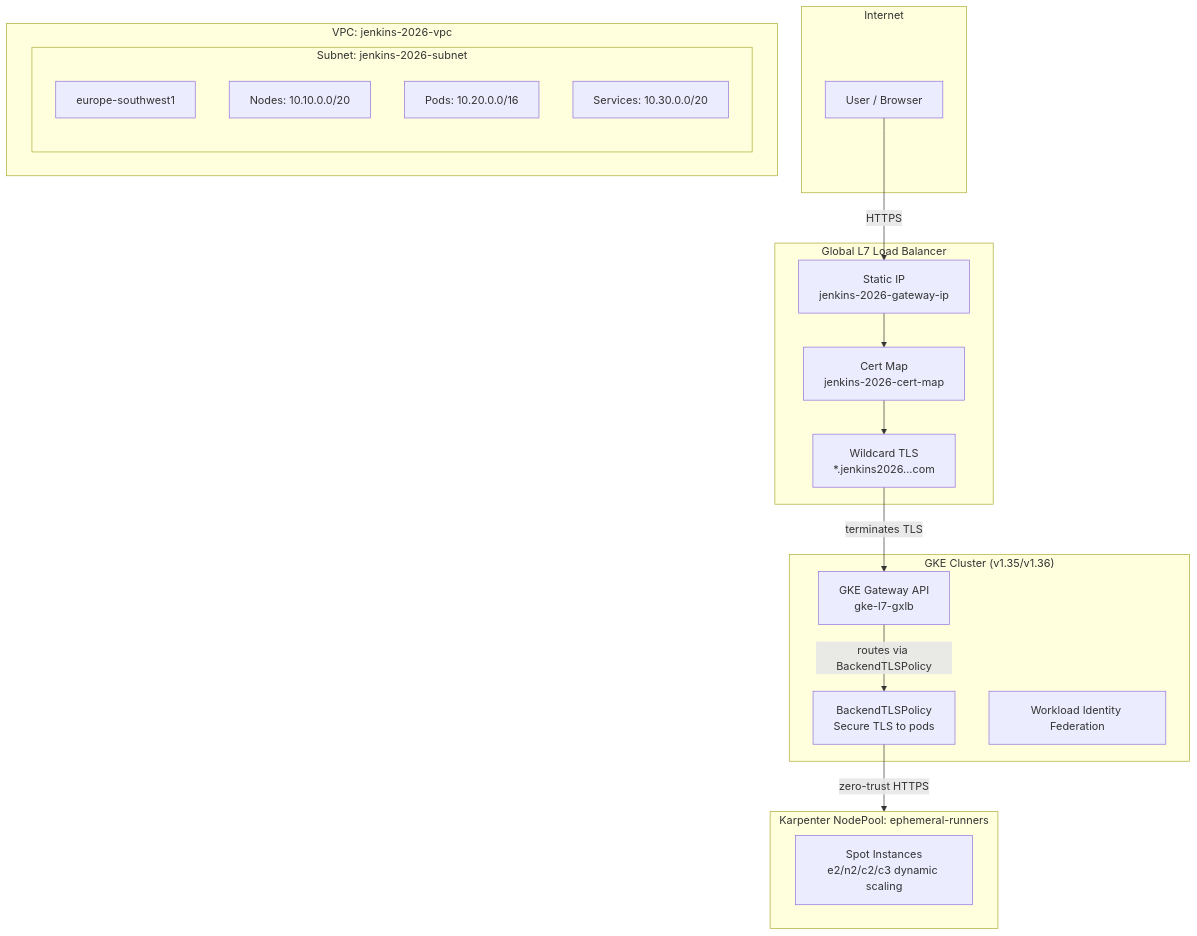
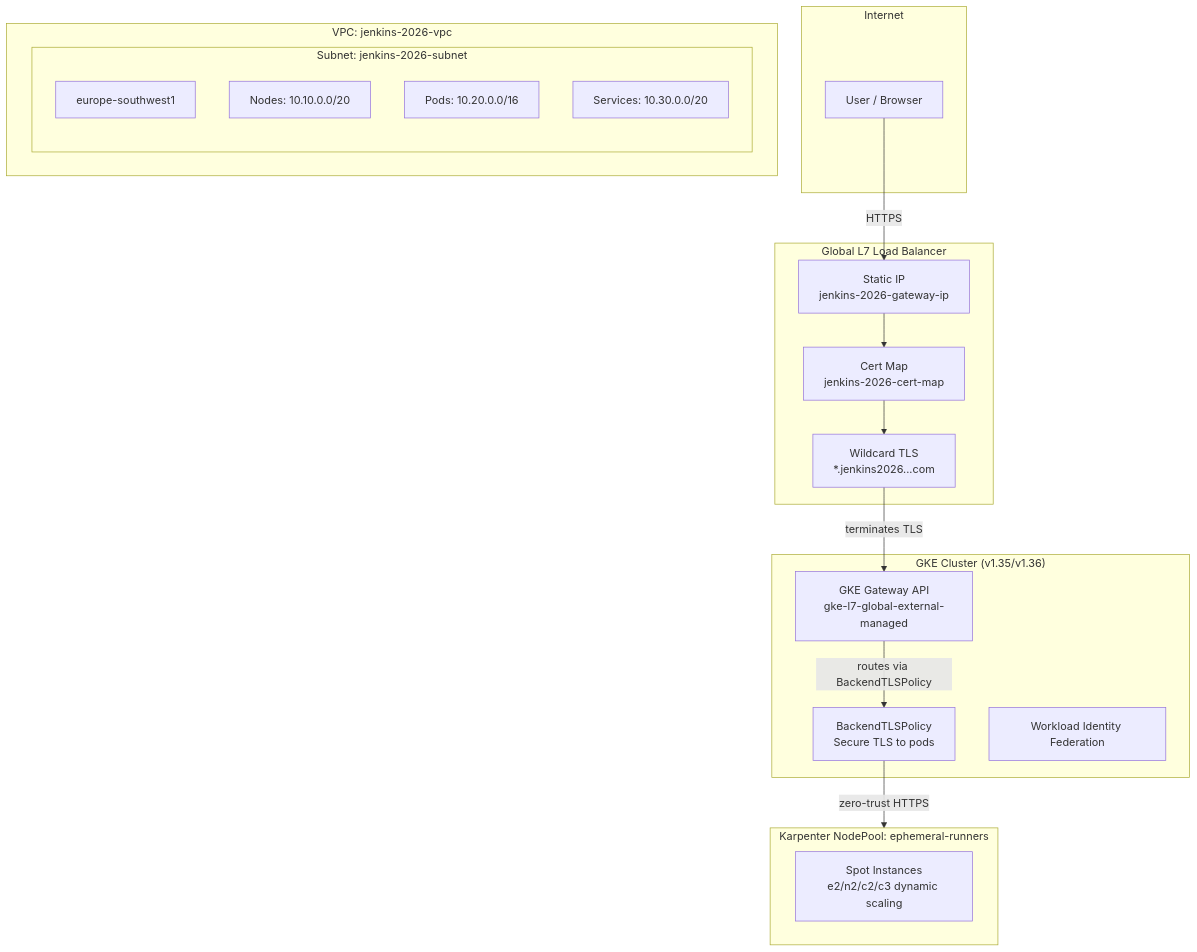
Before and after one commit to nubenetes/jenkins-2026: the eighth of 8 diagrams in docs/201-ARCHITECTURE.md, drawn with Mermaid. The commit also changed other lines of this file and 10 other files, not shown here.

````diff
--- a/docs/201-ARCHITECTURE.md
+++ b/docs/201-ARCHITECTURE.md
@@ -446,38 +446,38 @@
 ```mermaid
 graph TD
     subgraph Internet ["Internet"]
         User["User / Browser"]
     end
 
     subgraph GlobalLB ["Global L7 Load Balancer"]
         StaticIP["Static IP<br>jenkins-2026-gateway-ip"]
         CertMap["Cert Map<br>jenkins-2026-cert-map"]
         WildcardTLS["Wildcard TLS<br>*.jenkins2026...com"]
     end
 
     subgraph VPC ["VPC: jenkins-2026-vpc"]
         subgraph Subnet ["Subnet: jenkins-2026-subnet"]
             SubnetInfo["europe-southwest1"]
             NodeRange["Nodes: 10.10.0.0/20"]
             PodRange["Pods: 10.20.0.0/16"]
             SvcRange["Services: 10.30.0.0/20"]
         end
     end
 
     subgraph Cluster ["GKE Cluster (v1.35/v1.36)"]
-        GatewayAPI["GKE Gateway API<br/>gke-l7-gxlb"]
+        GatewayAPI["GKE Gateway API<br/>gke-l7-global-external-managed"]
         BackendTLS["BackendTLSPolicy<br/>Secure TLS to pods"]
         WI["Workload Identity Federation"]
     end
 
     subgraph KarpenterPool ["Karpenter NodePool: ephemeral-runners"]
         PoolInfo["Spot Instances<br/>e2/n2/c2/c3 dynamic scaling"]
     end
 
     User -->|"HTTPS"| StaticIP
     StaticIP --> CertMap
     CertMap --> WildcardTLS
     WildcardTLS -->|"terminates TLS"| GatewayAPI
     GatewayAPI -->|"routes via BackendTLSPolicy"| BackendTLS
     BackendTLS -->|"zero-trust HTTPS"| KarpenterPool
 ```
````
